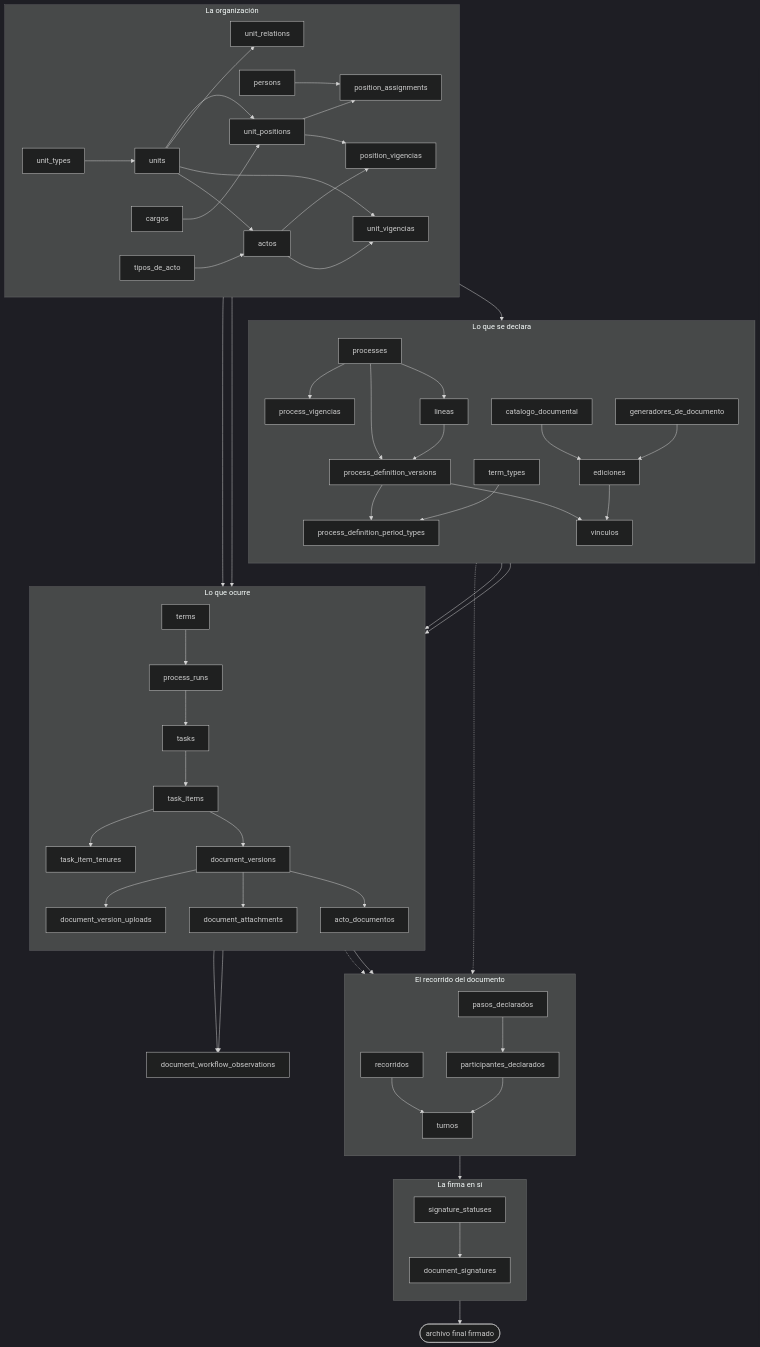
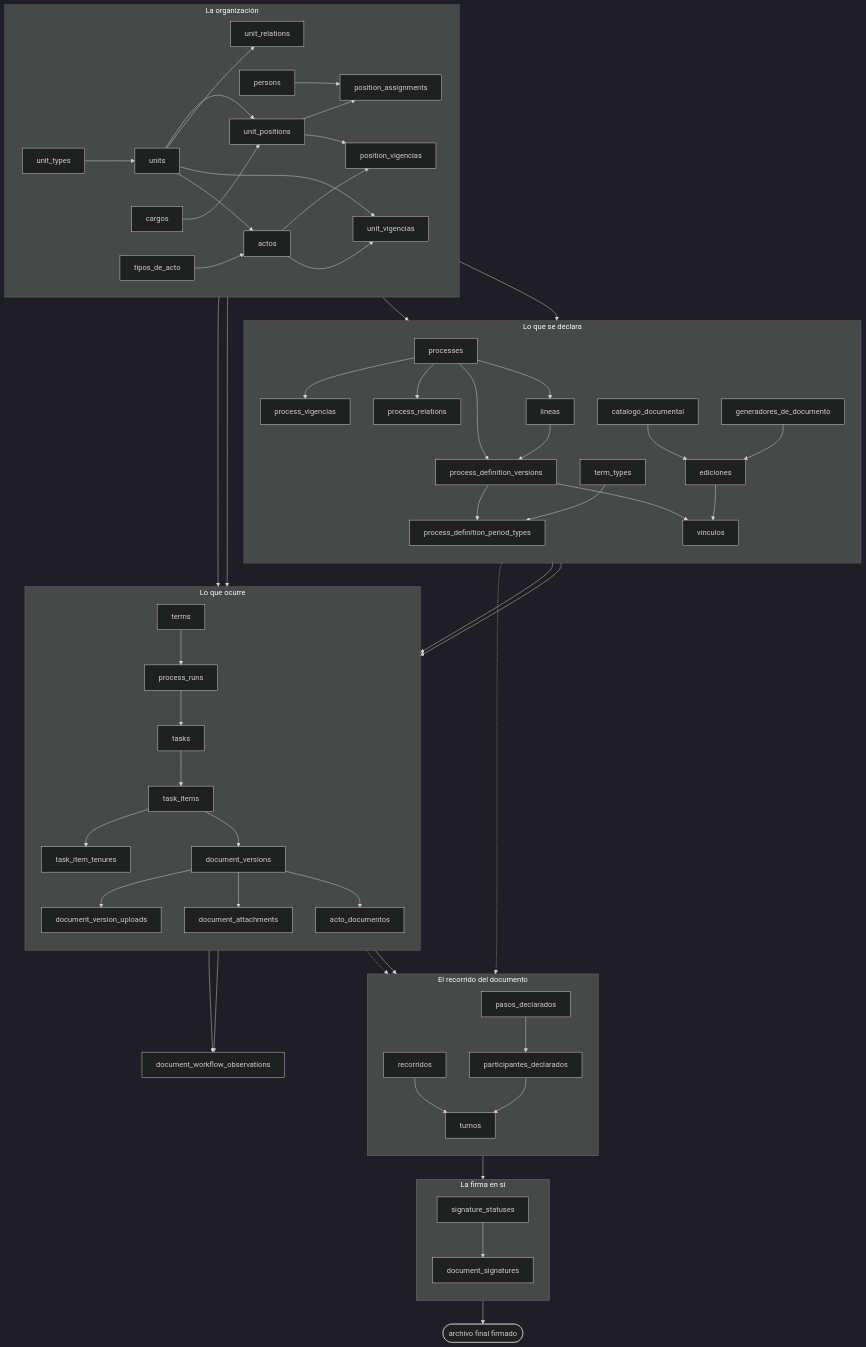
The diagram in docs/src/content/docs/modelo/mapa-completo.md (fresvel/deasy), drawn with Mermaid (dark theme) before and after one commit. The commit also changed other lines of this file and 45 other files, not shown here.

````diff
--- a/docs/src/content/docs/modelo/mapa-completo.md
+++ b/docs/src/content/docs/modelo/mapa-completo.md
@@ -22,70 +22,72 @@
 ```mermaid
 flowchart TB
   subgraph ORG["La organización"]
     direction LR
     UT["unit_types"] --> U["units"]
     U --> UP["unit_positions"]
     C["cargos"] --> UP
     UP --> PA["position_assignments"]
     P["persons"] --> PA
     U --> UR["unit_relations"]
     U --> UV["unit_vigencias"]
     UP --> PVG["position_vigencias"]
     ACT --> PVG
     TDA["tipos_de_acto"] --> ACT["actos"]
     U --> ACT
     ACT --> UV
   end
 
   subgraph DECL["Lo que se declara"]
     direction TB
     PR["processes"] --> PDV["process_definition_versions"]
     PR --> PV["process_vigencias"]
+    PR --> PREL["process_relations"]
+    ACT --> PREL
     ACT --> PV
     PR --> LIN["lineas"]
     LIN --> PDV
     PDV --> PDPT["process_definition_period_types"]
     TT["term_types"] --> PDPT
     DEL["catalogo_documental"] --> TA["ediciones"]
     GEN["generadores_de_documento"] --> TA
     PDV --> PDT["vinculos"]
     TA --> PDT
   end
 
   subgraph EJEC["Lo que ocurre"]
     direction TB
     PDV --> RUN["process_runs"]
     TERM["terms"] --> RUN
     RUN --> T["tasks"]
     T --> TI["task_items"]
     PDT --> TI
     UP --> TI
     TI --> TEN["task_item_tenures"]
     TI --> DV["document_versions"]
     DV --> DVU["document_version_uploads"]
     DV --> DA["document_attachments"]
     DV --> AD["acto_documentos"]
   end
 
   ACT --> AD
 
   subgraph REC["El recorrido del documento"]
     direction TB
     PASO["pasos_declarados"] --> PART["participantes_declarados"]
     RECO["recorridos"] --> TUR["turnos"]
     PART --> TUR
   end
 
   subgraph FIR["La firma en sí"]
     direction TB
     TUR --> DS["document_signatures"]
     SS["signature_statuses"] --> DS
   end
 
   TA -.-> PASO
   TI -.-> PASO
   DV --> RECO
   DS --> FIN(["archivo final firmado"])
   TI --> OBS["document_workflow_observations"]
   DV --> OBS
 ```
````
